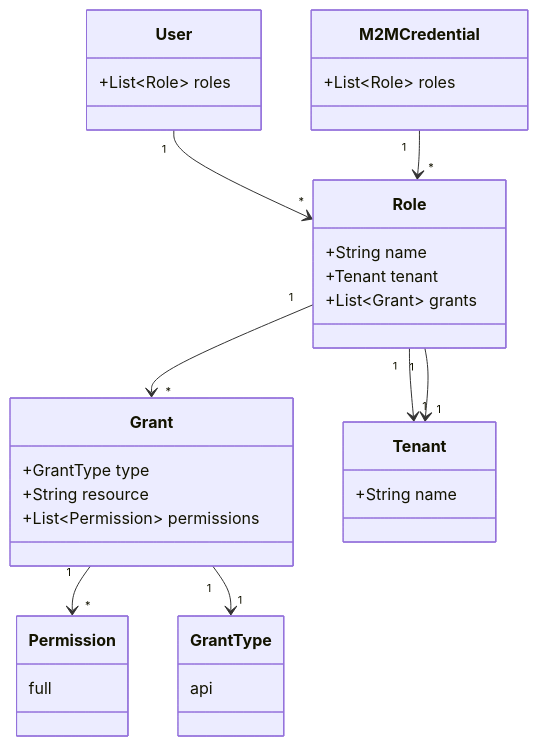
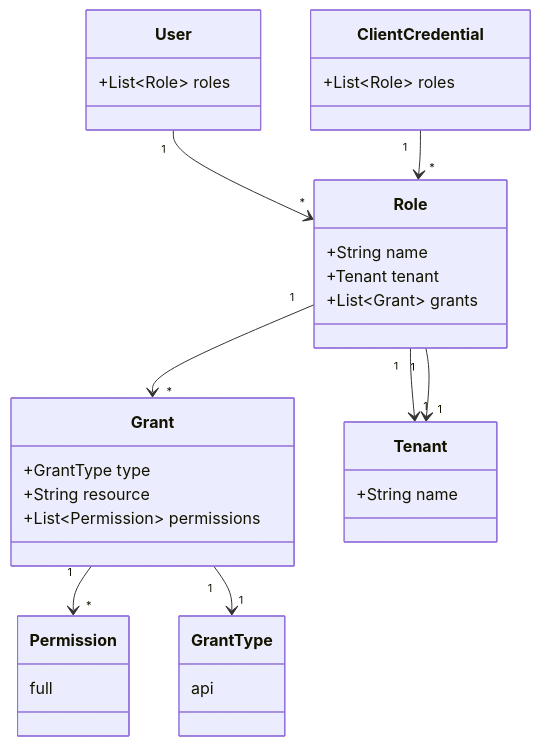
The diagram in content/en/concept.md (aimeeu/assignment), drawn with Mermaid before and after one commit. The commit also changed other lines of this file and 7 other files, not shown here.

````diff
--- a/content/en/concept.md
+++ b/content/en/concept.md
@@ -18,36 +16,36 @@
 ```mermaid
 classDiagram
     class Role {
       +String name
       +Tenant tenant
       +List~Grant~ grants
     }
     class Grant {
       +GrantType type
       +String resource
       +List~Permission~ permissions
     }
     class GrantType {      
       api
     }
     class Permission {      
       full
     }
     class User {
       +List~Role~ roles
     }
-    class M2MCredential {
+    class ClientCredential {
       +List~Role~ roles
     }
     class Tenant {
       +String name
     }
 
     Role "1" --> "*" Grant
     Grant "1" --> "*" Permission
     Grant "1" --> "1" GrantType
     Role "1" --> "1" Tenant
     Role "1" --> "1" Tenant
     User "1" --> "*" Role
-    M2MCredential "1" --> "*" Role
+    ClientCredential "1" --> "*" Role
 ```
````
